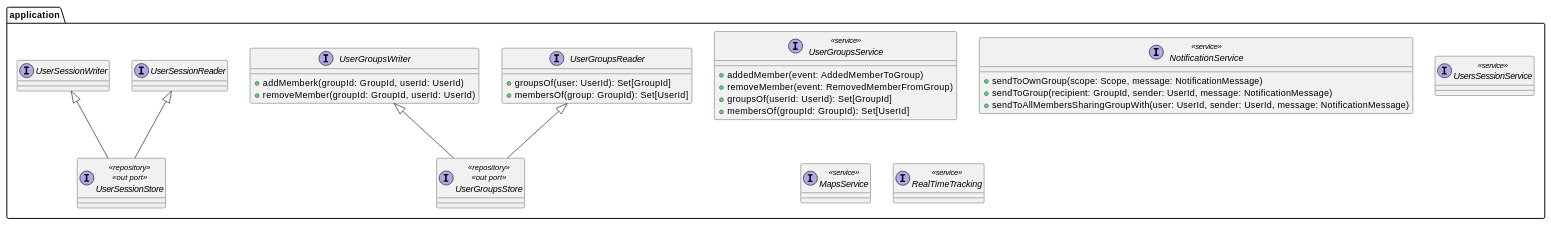
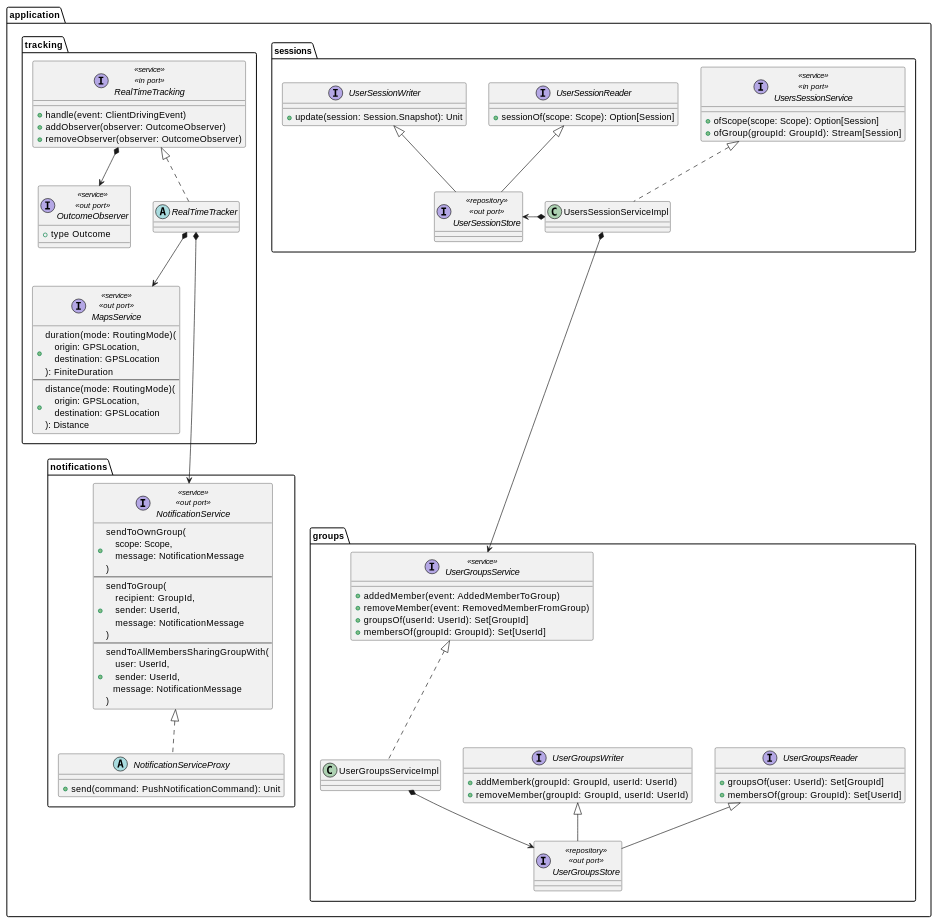
One commit to position-pal/Documentation changed the second of 3 diagrams in content/docs/4-detailed-design/2-location-service.md. Above: the diagram before and after it, drawn with PlantUML. The commit also changed other lines of this file and 5 other files, not shown here.

```diff
--- a/content/docs/4-detailed-design/2-location-service.md
+++ b/content/docs/4-detailed-design/2-location-service.md
@@ -187,42 +198,80 @@
 @startuml location-service-infrastructure
 package application {
 
-    interface UserGroupsReader {
-        + groupsOf(user: UserId): Set[GroupId]
-        + membersOf(group: GroupId): Set[UserId]
-    }
-    interface UserGroupsWriter {
-        + addMemberk(groupId: GroupId, userId: UserId)
-        + removeMember(groupId: GroupId, userId: UserId)
-    }
-    interface UserGroupsStore <<repository>> <<out port>> extends UserGroupsReader, UserGroupsWriter 
+    package groups {
+        interface UserGroupsReader {
+            + groupsOf(user: UserId): Set[GroupId]
+            + membersOf(group: GroupId): Set[UserId]
+        }
+        interface UserGroupsWriter {
+            + addMemberk(groupId: GroupId, userId: UserId)
+            + removeMember(groupId: GroupId, userId: UserId)
+        }
+        interface UserGroupsStore <<repository>> <<out port>> extends UserGroupsReader, UserGroupsWriter 
 
-    interface UserGroupsService <<service>> {
-        + addedMember(event: AddedMemberToGroup)
-        + removeMember(event: RemovedMemberFromGroup)
-        + groupsOf(userId: UserId): Set[GroupId]
-        + membersOf(groupId: GroupId): Set[UserId]
+        interface UserGroupsService <<service>> {
+            + addedMember(event: AddedMemberToGroup)
+            + removeMember(event: RemovedMemberFromGroup)
+            + groupsOf(userId: UserId): Set[GroupId]
+            + membersOf(groupId: GroupId): Set[UserId]
+        }
+        class UserGroupsServiceImpl implements UserGroupsService
+        UserGroupsServiceImpl *--> UserGroupsStore
     }
 
-    '----------------------------------------------------'
-
-    interface NotificationService <<service>> {
-        + sendToOwnGroup(scope: Scope, message: NotificationMessage)
-        + sendToGroup(recipient: GroupId, sender: UserId, message: NotificationMessage)
-        + sendToAllMembersSharingGroupWith(user: UserId, sender: UserId, message: NotificationMessage)
+    package notifications {
+        interface NotificationService <<service>> <<out port>> {
+            + sendToOwnGroup(\n    scope: Scope,\n    message: NotificationMessage\n)
+            --
+            + sendToGroup(\n    recipient: GroupId,\n    sender: UserId,\n    message: NotificationMessage\n)
+            --
+            + sendToAllMembersSharingGroupWith(\n    user: UserId,\n    sender: UserId,\n   message: NotificationMessage\n)
+        }
+        abstract class NotificationServiceProxy implements NotificationService {
+            + send(command: PushNotificationCommand): Unit
+        }
     }
 
-    interface UserSessionReader 
-    interface UserSessionWriter
-    interface UserSessionStore <<repository>> <<out port>> extends UserSessionReader, UserSessionWriter
+    package sessions {
+        interface UserSessionReader {
+            + sessionOf(scope: Scope): Option[Session]
+        }
+        interface UserSessionWriter {
+            + update(session: Session.Snapshot): Unit
+        }
+        interface UserSessionStore <<repository>> <<out port>> extends UserSessionReader, UserSessionWriter
 
-    interface UsersSessionService <<service>> {
+        interface UsersSessionService <<service>> <<in port>> {
+            + ofScope(scope: Scope): Option[Session]
+            + ofGroup(groupId: GroupId): Stream[Session]
+        }
+
+        class UsersSessionServiceImpl implements UsersSessionService
+        UsersSessionServiceImpl *-left-> UserSessionStore
+        UsersSessionServiceImpl *---> UserGroupsService
     }
 
-    interface MapsService <<service>> {
-    }
+    package tracking {
+        interface MapsService <<service>> <<out port>> {
+            + duration(mode: RoutingMode)(\n    origin: GPSLocation,\n    destination: GPSLocation\n): FiniteDuration
+            --
+            + distance(mode: RoutingMode)(\n    origin: GPSLocation,\n    destination: GPSLocation\n): Distance
+        }
 
-    interface RealTimeTracking <<service>> {
+        interface OutcomeObserver <<service>> <<out port>> {
+            + type Outcome
+        }
+
+        interface RealTimeTracking <<service>> <<in port>> {
+            + handle(event: ClientDrivingEvent)
+            + addObserver(observer: OutcomeObserver)
+            + removeObserver(observer: OutcomeObserver)
+        }
+        RealTimeTracking *--> OutcomeObserver
+
+        abstract class RealTimeTracker implements RealTimeTracking 
+        RealTimeTracker *--> MapsService
+        RealTimeTracker *---> NotificationService
     }
 
 }
```
